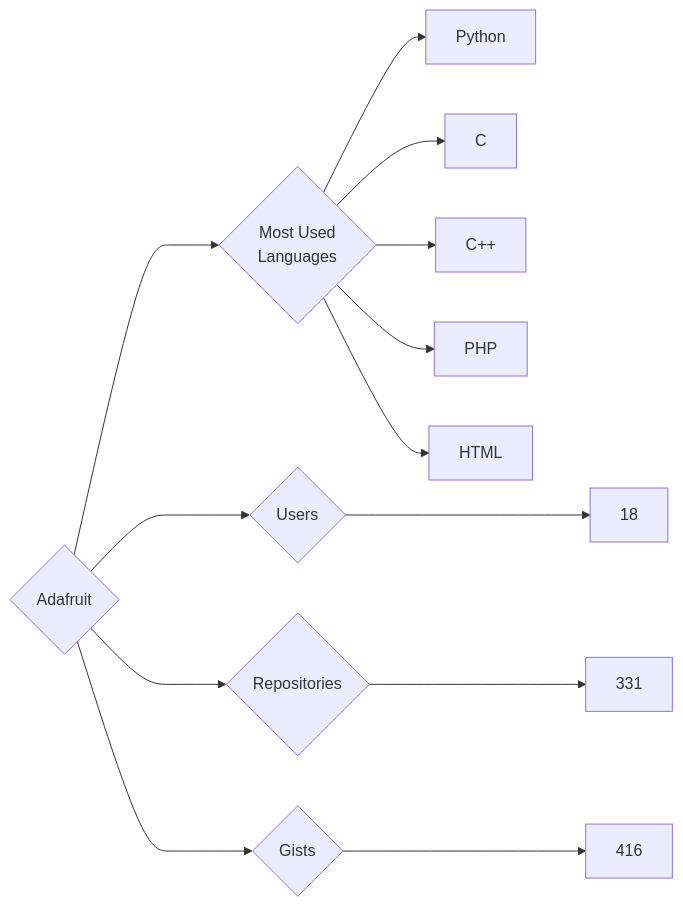
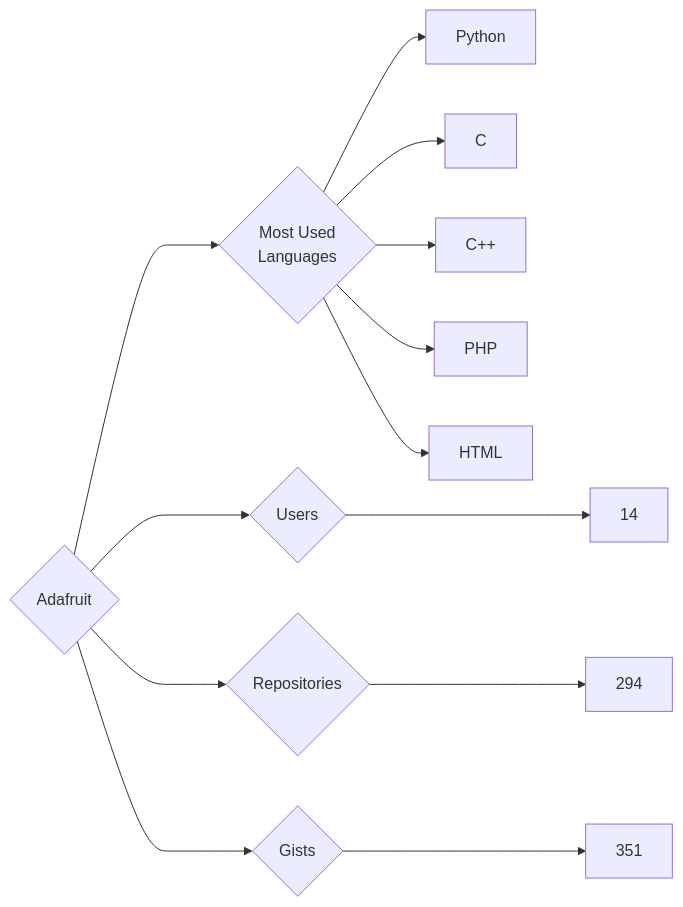
The diagram in targets/Adafruit/README.md (trickest/insiders), drawn with Mermaid before and after one commit. The commit also changed 736 other files, not shown here.

````diff
--- a/targets/Adafruit/README.md
+++ b/targets/Adafruit/README.md
@@ -3,13 +3,13 @@
 ```mermaid
 graph LR
 COMPANY_NAME{Adafruit}
-COMPANY_NAME ---> U{Users} ---> UN[18]
-COMPANY_NAME ---> R{Repositories} ---> RN[331]
-COMPANY_NAME ---> G{Gists} ---> GN[416]
+COMPANY_NAME ---> U{Users} ---> UN[14]
+COMPANY_NAME ---> R{Repositories} ---> RN[294]
+COMPANY_NAME ---> G{Gists} ---> GN[351]
 COMPANY_NAME ---> ML{Most Used<br>Languages}
 ML --> Python[Python]
 ML --> C[C]
 ML --> C++[C++]
 ML --> PHP[PHP]
 ML --> HTML[HTML]
 ```
````
